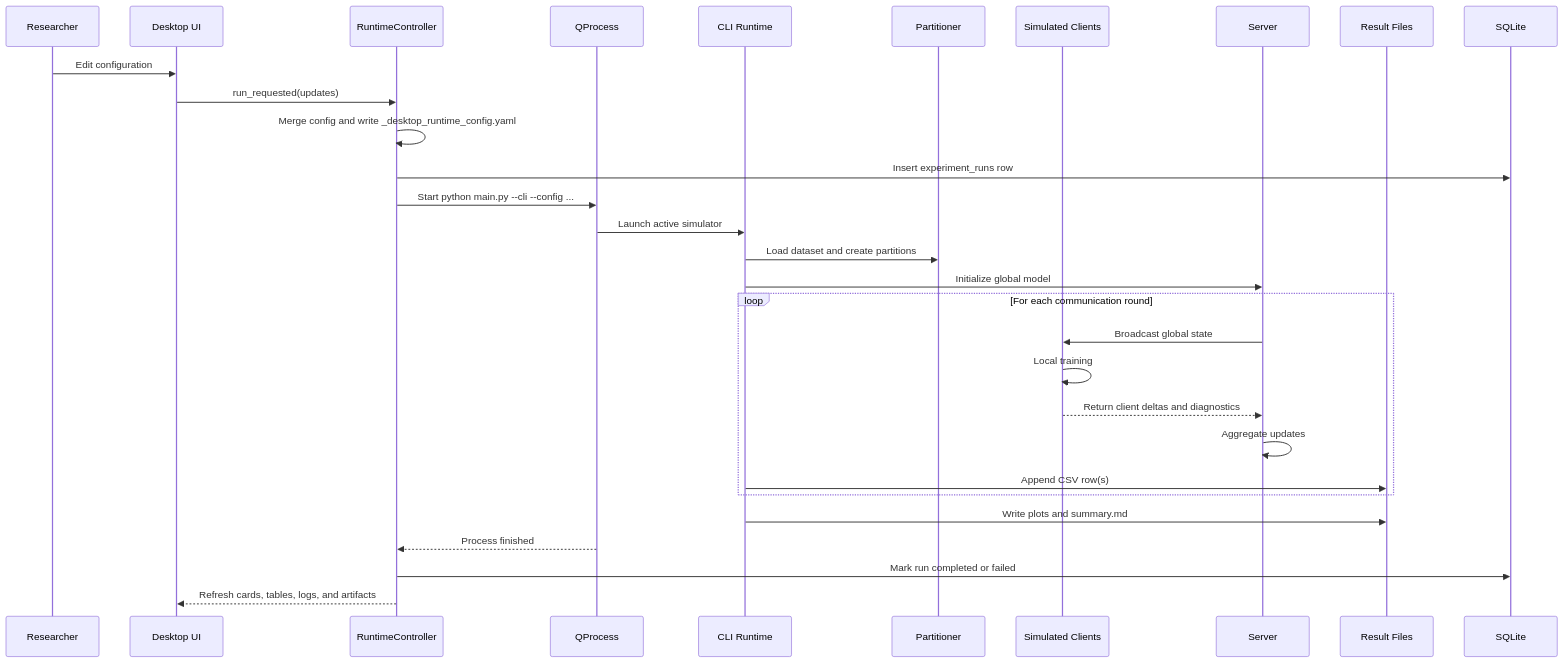
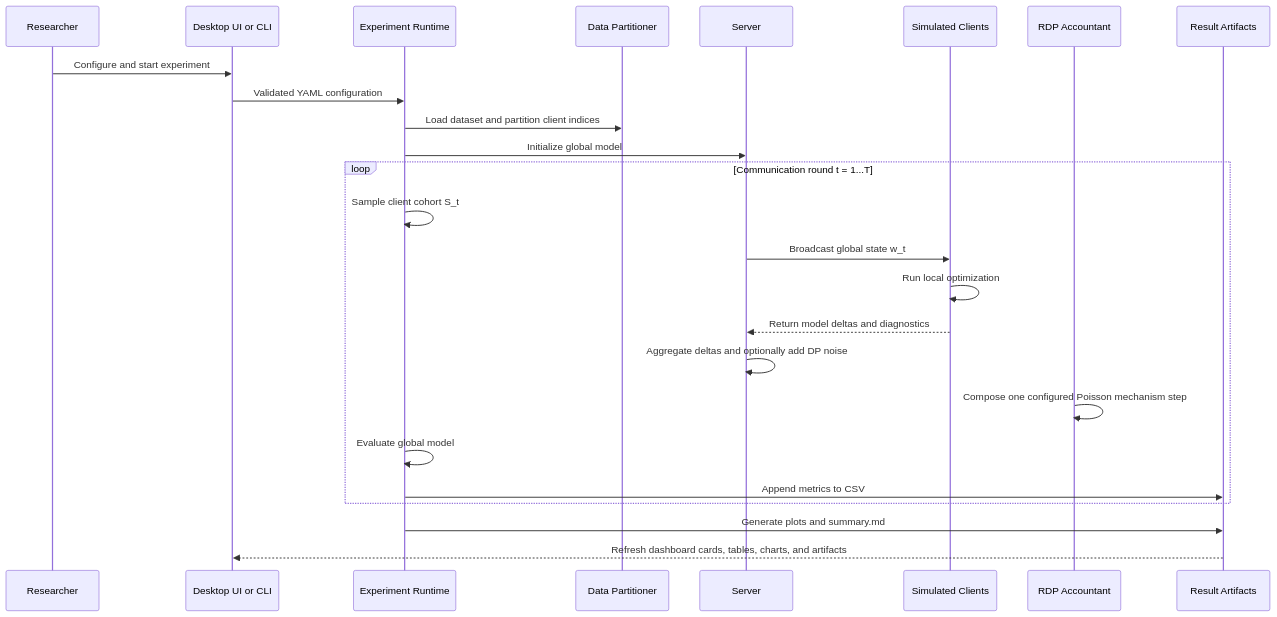
The second of 4 diagrams in README.md (smshagor-dev/Federated-Learning-on-Non-IID-Data-Differential-Privacy), drawn with Mermaid before and after one commit. The commit also changed other lines of this file, not shown here.

````diff
--- a/README.md
+++ b/README.md
@@ -480,33 +232,30 @@
 ```mermaid
 sequenceDiagram
     participant R as Researcher
-    participant UI as Desktop UI
-    participant C as RuntimeController
-    participant P as QProcess
-    participant X as CLI Runtime
-    participant D as Partitioner
-    participant W as Simulated Clients
+    participant UI as Desktop UI or CLI
+    participant X as Experiment Runtime
+    participant D as Data Partitioner
     participant S as Server
-    participant F as Result Files
-    participant Q as SQLite
+    participant C as Simulated Clients
+    participant A as RDP Accountant
+    participant F as Result Artifacts
 
-    R->>UI: Edit configuration
-    UI->>C: run_requested(updates)
-    C->>C: Merge config and write _desktop_runtime_config.yaml
-    C->>Q: Insert experiment_runs row
-    C->>P: Start python main.py --cli --config ...
-    P->>X: Launch active simulator
-    X->>D: Load dataset and create partitions
+    R->>UI: Configure and start experiment
+    UI->>X: Validated YAML configuration
+    X->>D: Load dataset and partition client indices
     X->>S: Initialize global model
-    loop For each communication round
-        S->>W: Broadcast global state
-        W->>W: Local training
-        W-->>S: Return client deltas and diagnostics
-        S->>S: Aggregate updates
-        X->>F: Append CSV row(s)
+
+    loop Communication round t = 1...T
+        X->>X: Sample client cohort S_t
+        S->>C: Broadcast global state w_t
+        C->>C: Run local optimization
+        C-->>S: Return model deltas and diagnostics
+        S->>S: Aggregate deltas and optionally add DP noise
+        A->>A: Compose one configured Poisson mechanism step
+        X->>X: Evaluate global model
+        X->>F: Append metrics to CSV
     end
-    X->>F: Write plots and summary.md
-    P-->>C: Process finished
-    C->>Q: Mark run completed or failed
-    C-->>UI: Refresh cards, tables, logs, and artifacts
+
+    X->>F: Generate plots and summary.md
+    F-->>UI: Refresh dashboard cards, tables, charts, and artifacts
 ```
````
